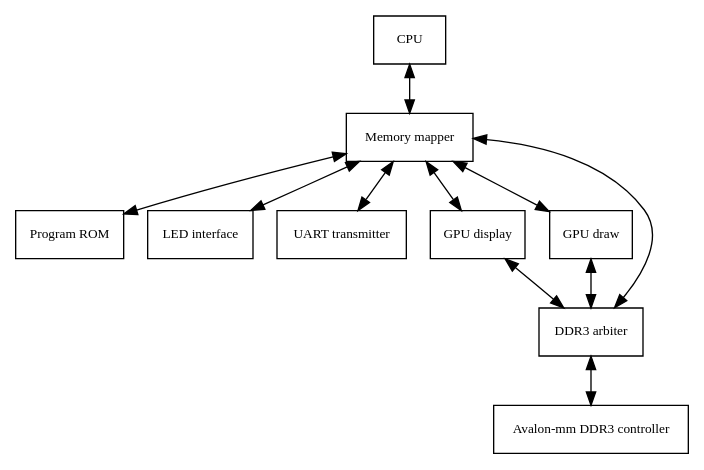
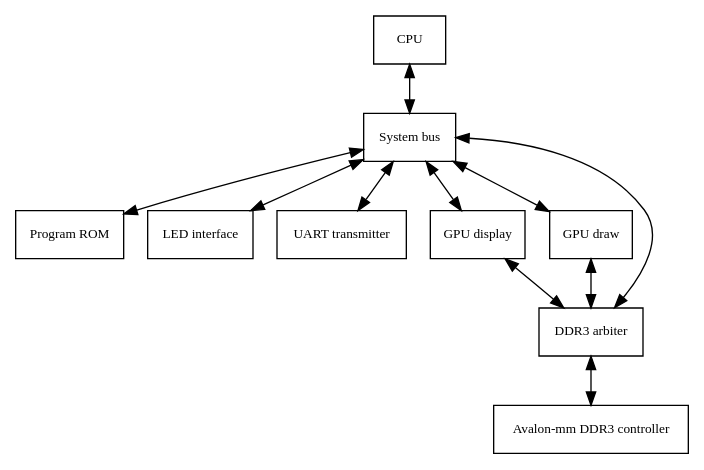
One commit to xenowing/xenowing changed the diagram in doc/mem_topology.dot. Above: the diagram before and after it, drawn with Graphviz. The commit also changed 15 other files, not shown here.

```diff
--- a/doc/mem_topology.dot
+++ b/doc/mem_topology.dot
@@ -1,34 +1,34 @@
 digraph mem_topology {
     graph [fontsize=10 fontname="Verdana" compound=true];
     node [shape=record fontsize=10 fontname="Verdana"];
 
     cpu [label="CPU"];
-    mem_mapper [label="Memory mapper"];
+    system_bus [label="System bus"];
     program_rom [label="Program ROM"];
     led_interface [label="LED interface"];
     uart_interface [label="UART transmitter"];
 
     gpu_display [label="GPU display"];
     gpu_draw [label="GPU draw"];
 
     ddr3_arbiter [label="DDR3 arbiter"];
     ddr3 [label="Avalon-mm DDR3 controller"];
 
-    cpu -> mem_mapper [dir="both"];
-    mem_mapper -> program_rom [dir="both"];
-    mem_mapper -> led_interface [dir="both"];
-    mem_mapper -> uart_interface [dir="both"];
-    mem_mapper -> gpu_display [dir="both"];
-    mem_mapper -> gpu_draw [dir="both"];
-    mem_mapper -> ddr3_arbiter [dir="both"];
+    cpu -> system_bus [dir="both"];
+    system_bus -> program_rom [dir="both"];
+    system_bus -> led_interface [dir="both"];
+    system_bus -> uart_interface [dir="both"];
+    system_bus -> gpu_display [dir="both"];
+    system_bus -> gpu_draw [dir="both"];
+    system_bus -> ddr3_arbiter [dir="both"];
 
     gpu_display -> ddr3_arbiter [dir="both"];
     gpu_draw -> ddr3_arbiter [dir="both"];
 
     ddr3_arbiter -> ddr3 [dir="both"];
 
     { rank=same; program_rom led_interface uart_interface }
     { rank=same; gpu_display gpu_draw }
     { rank=same; ddr3_arbiter }
     { rank=same; ddr3 }
 }
```
